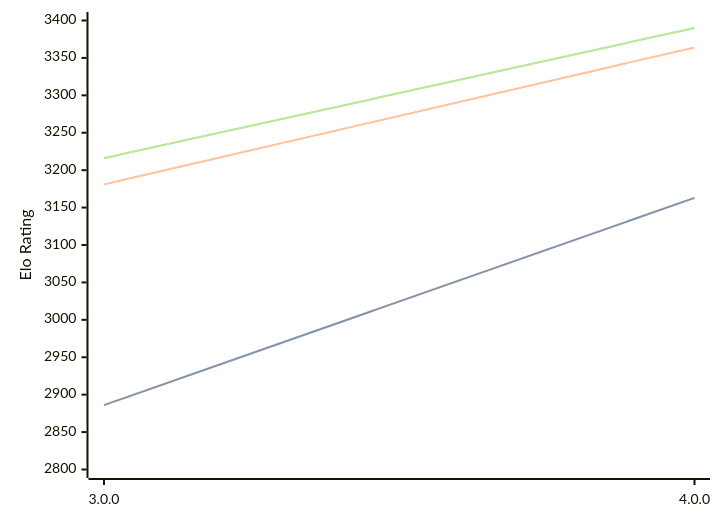
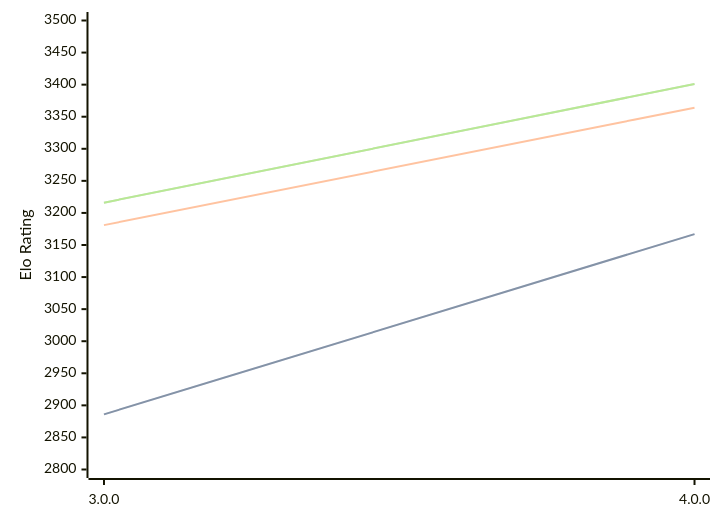
One commit to computer-chess-index/cci changed the diagram in engines/Avalanche.md. Above: the diagram before and after it, drawn with Mermaid. The commit also changed other lines of this file, not shown here.

Commit message:
Update CCI Ratings (ELO VLTC) - 2026-08-16

````diff
--- a/engines/Avalanche.md
+++ b/engines/Avalanche.md
@@ -32,11 +32,11 @@
 ```mermaid
 %%{init: {"theme":"base","themeVariables":{"seriesColors:['#a3a3a3','#222221','#faa371']}}}%%
 xychart-beta
   x-axis ["3.0.0", "4.0.0"]
-  y-axis "Elo Rating" 2800 --> 3400
-  line "STC (8.0+0.08s)" [2886, 3163]
-  line "STC (8.0+0.08s)" [2886, 3163]
+  y-axis "Elo Rating" 2800 --> 3500
+  line "STC (8.0+0.08s)" [2886, 3167]
+  line "STC (8.0+0.08s)" [2886, 3167]
   line "LTC (60.0+0.60s)" [3181, 3364]
-  line "VLTC (2m24s+1.12s)" [3216, 3390]
-  line "VLTC (2m24s+1.12s)" [3216, 3390]
+  line "VLTC (2m24s+1.12s)" [3216, 3401]
+  line "VLTC (2m24s+1.12s)" [3216, 3401]
 ```
````
